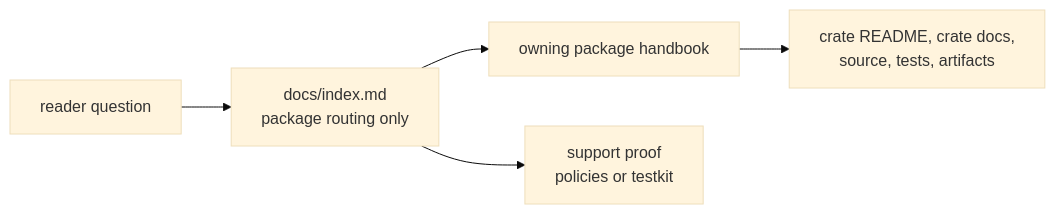
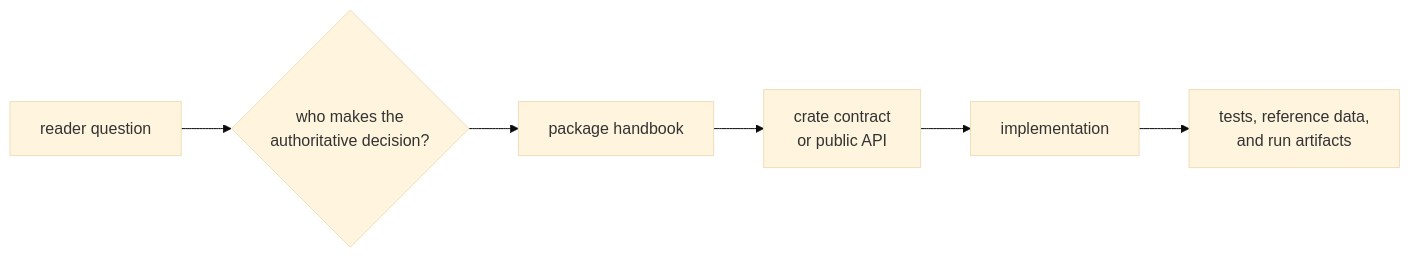
The first of 2 diagrams in docs/index.md (bijux/bijux-telecom), drawn with Mermaid (base theme) before and after one commit. The commit also changed other lines of this file, not shown here.

Commit message:
docs(handbook): route readers by evidence ownership

````diff
--- a/docs/index.md
+++ b/docs/index.md
@@ -61,13 +61,14 @@
 ```mermaid
 flowchart LR
-    reader["reader question"]
-    root["docs/index.md<br/>package routing only"]
-    owner["owning package handbook"]
-    proof["crate README, crate docs,<br/>source, tests, artifacts"]
-    support["support proof<br/>policies or testkit"]
+    question["reader question"]
+    owner{"who makes the<br/>authoritative decision?"}
+    handbook["package handbook"]
+    contract["crate contract<br/>or public API"]
+    implementation["implementation"]
+    evidence["tests, reference data,<br/>and run artifacts"]
 
-    reader --> root
-    root --> owner
-    owner --> proof
-    root --> support
+    question --> owner --> handbook
+    handbook --> contract
+    contract --> implementation
+    implementation --> evidence
 ```
````
